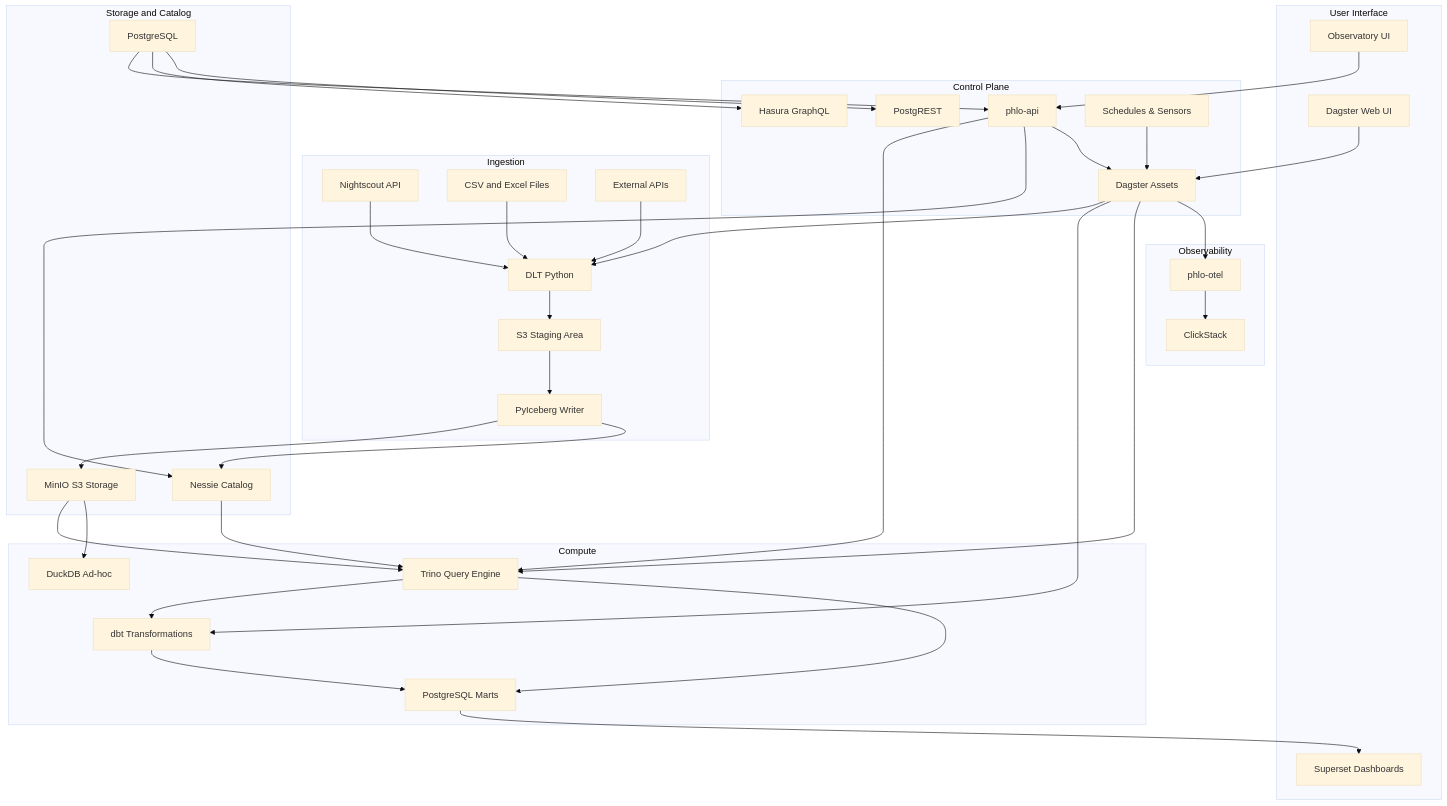
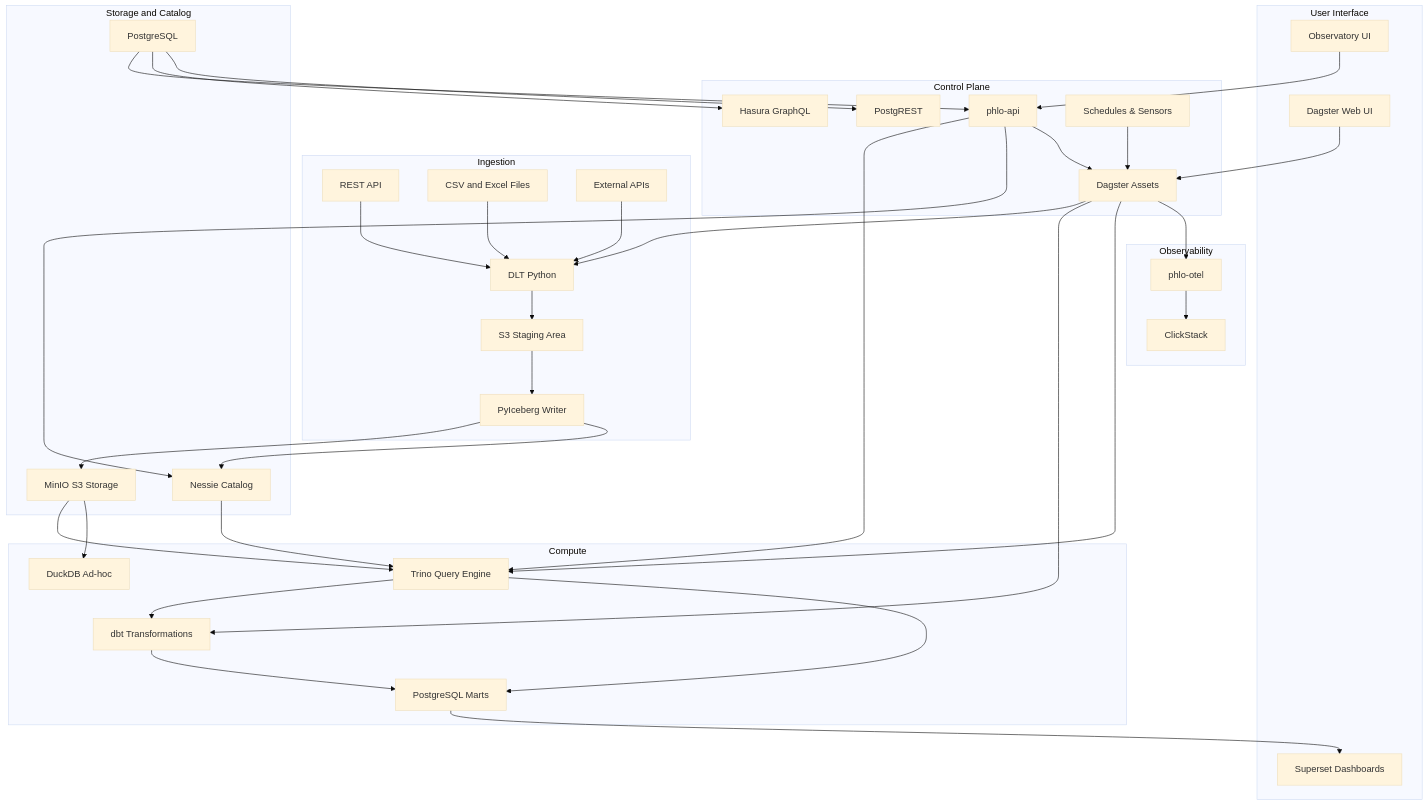
The first of 4 diagrams in docs/reference/architecture.md (iamgp/phlo), drawn with Mermaid (base theme) before and after one commit. The commit also changed other lines of this file and 80 other files, not shown here.

````diff
--- a/docs/reference/architecture.md
+++ b/docs/reference/architecture.md
@@ -39,73 +39,73 @@
 ```mermaid
 graph TB
     subgraph ui["User Interface"]
         OBS[Observatory UI]
         DAGUI[Dagster Web UI]
         SUPERSET[Superset Dashboards]
     end
 
     subgraph control["Control Plane"]
         PAPI[phlo-api]
         HASURA[Hasura GraphQL]
         POSTGREST[PostgREST]
         SCHEDULES[Schedules & Sensors]
         DAGSTER[Dagster Assets]
     end
 
     subgraph ingest["Ingestion"]
-        NS[Nightscout API]
+        NS[REST API]
         FILES[CSV and Excel Files]
         EXTERNAL[External APIs]
         DLT[DLT Python]
         STAGE[S3 Staging Area]
         PYI[PyIceberg Writer]
     end
 
     subgraph storage["Storage and Catalog"]
         MINIO[MinIO S3 Storage]
         NESSIE[Nessie Catalog]
         PG[PostgreSQL]
     end
 
     subgraph compute["Compute"]
         TRINO[Trino Query Engine]
         DBT[dbt Transformations]
         DUCK[DuckDB Ad-hoc]
         MARTS[PostgreSQL Marts]
     end
 
     subgraph observability["Observability"]
         OTEL[phlo-otel]
         CLICKSTACK[ClickStack]
     end
 
     NS --> DLT
     FILES --> DLT
     EXTERNAL --> DLT
     DLT --> STAGE --> PYI
     PYI --> MINIO
     PYI --> NESSIE
 
     MINIO --> TRINO
     NESSIE --> TRINO
     MINIO --> DUCK
     TRINO --> DBT --> MARTS
     TRINO --> MARTS
 
     SCHEDULES --> DAGSTER
     DAGSTER --> DLT
     DAGSTER --> DBT
     DAGSTER --> TRINO
 
     OBS --> PAPI
     DAGUI --> DAGSTER
     PAPI --> TRINO
     PAPI --> NESSIE
     PAPI --> DAGSTER
     PG --> PAPI
     PG --> HASURA
     PG --> POSTGREST
     MARTS --> SUPERSET
 
     DAGSTER --> OTEL --> CLICKSTACK
 ```
````
